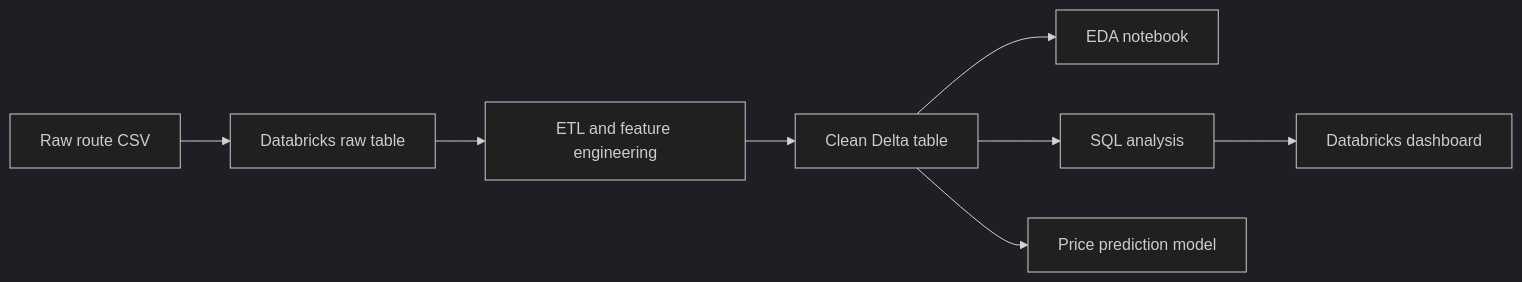
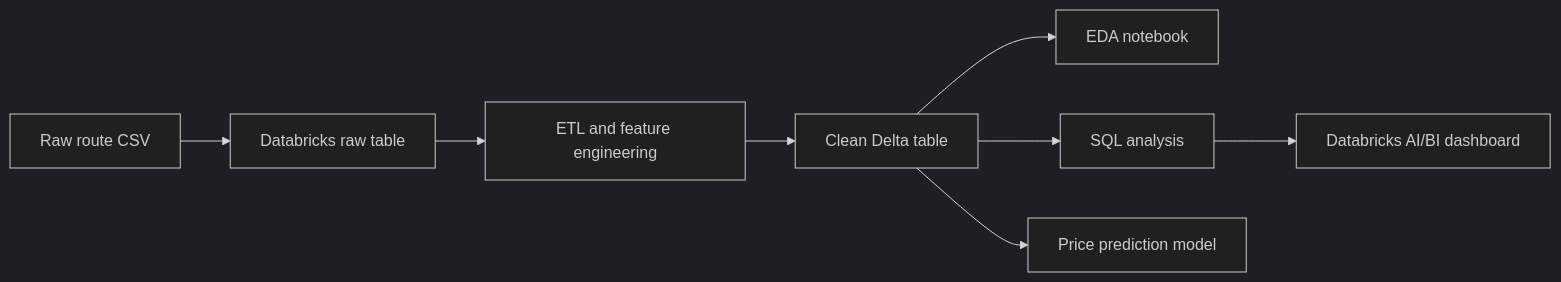
The diagram in README.md (saibharathyerragudi/european-airline-routes-lakehouse-pipeline), drawn with Mermaid (dark theme) before and after one commit. The commit also changed other lines of this file, not shown here.

Commit message:
Clarify Databricks dashboard terminology

````diff
--- a/README.md
+++ b/README.md
@@ -32,10 +32,10 @@
 ```mermaid
 flowchart LR
     A["Raw route CSV"] --> B["Databricks raw table"]
     B --> C["ETL and feature engineering"]
     C --> D["Clean Delta table"]
     D --> E["EDA notebook"]
     D --> F["SQL analysis"]
-    F --> G["Databricks dashboard"]
+    F --> G["Databricks AI/BI dashboard"]
     D --> H["Price prediction model"]
 ```
````
